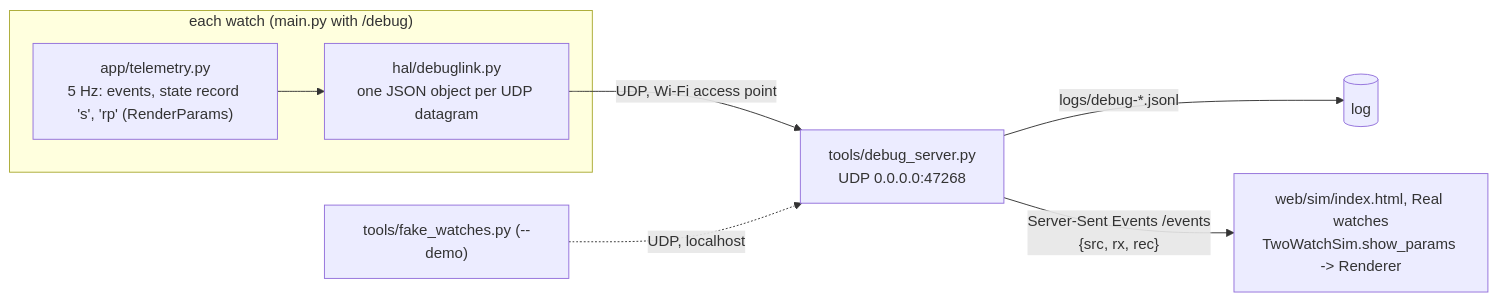
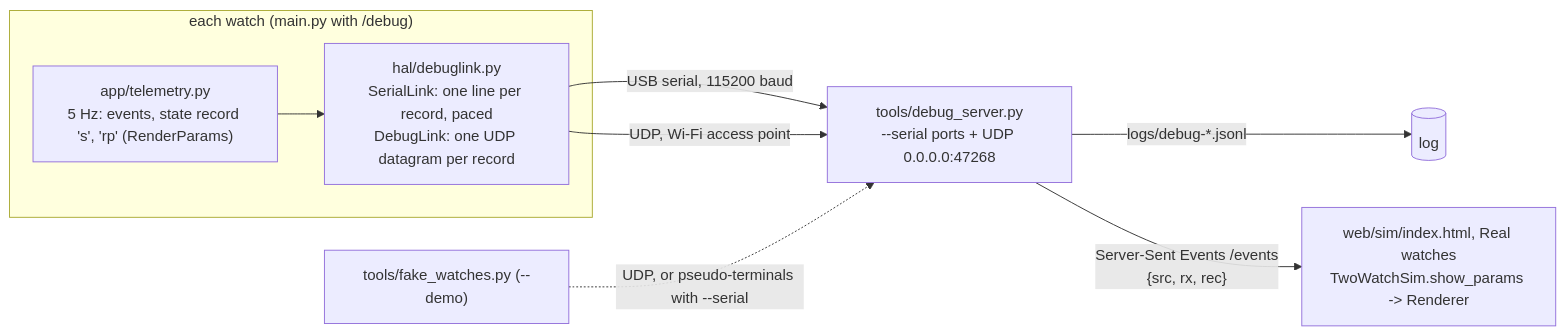
The second of 2 diagrams in docs/architecture.md (shogowarrior/watch-game), drawn with Mermaid before and after one commit. The commit also changed other lines of this file and 15 other files, not shown here.

First line of the commit message:
Document the USB debug link and Wi-Fi setup (work in progress: integration running)

````diff
--- a/docs/architecture.md
+++ b/docs/architecture.md
@@ -234,10 +235,11 @@
 ```mermaid
 flowchart LR
   subgraph W["each watch (main.py with /debug)"]
-    T["app/telemetry.py<br>5 Hz: events, state record 's', 'rp' (RenderParams)"] --> L["hal/debuglink.py<br>one JSON object per UDP datagram"]
+    T["app/telemetry.py<br>5 Hz: events, state record 's', 'rp' (RenderParams)"] --> L["hal/debuglink.py<br>SerialLink: one line per record, paced<br>DebugLink: one UDP datagram per record"]
   end
-  L -- "UDP, Wi-Fi access point" --> B["tools/debug_server.py<br>UDP 0.0.0.0:47268"]
-  F["tools/fake_watches.py (--demo)"] -. "UDP, localhost" .-> B
+  L -- "USB serial, 115200 baud" --> B["tools/debug_server.py<br>--serial ports + UDP 0.0.0.0:47268"]
+  L -- "UDP, Wi-Fi access point" --> B
+  F["tools/fake_watches.py (--demo)"] -. "UDP, or pseudo-terminals with --serial" .-> B
   B -- "logs/debug-*.jsonl" --> G[(log)]
   B -- "Server-Sent Events /events<br>{src, rx, rec}" --> P["web/sim/index.html, Real watches<br>TwoWatchSim.show_params -> Renderer"]
 ```
````
